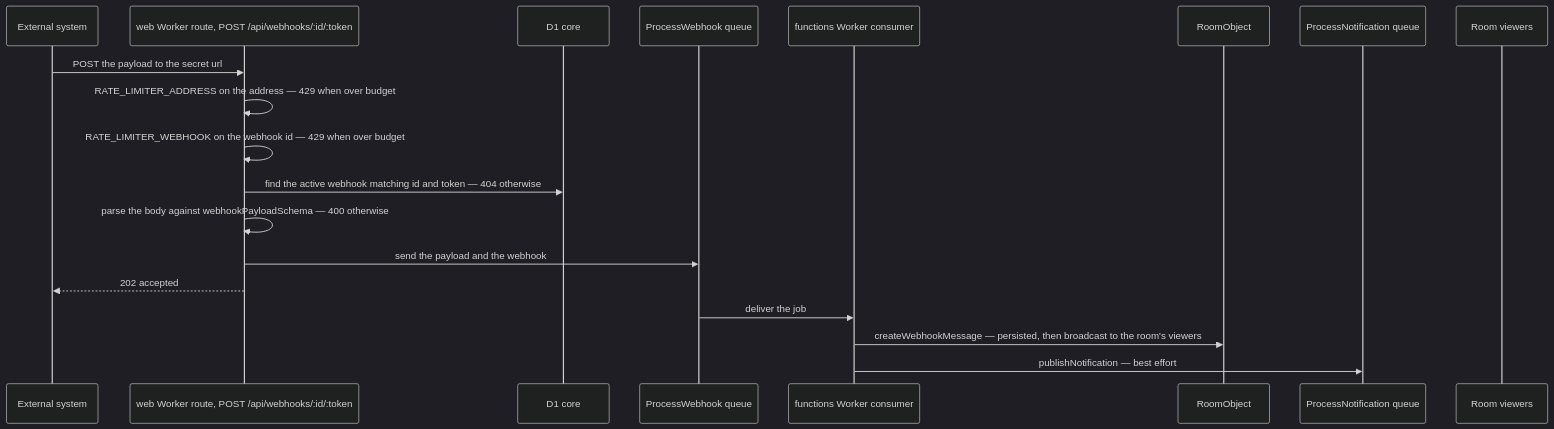
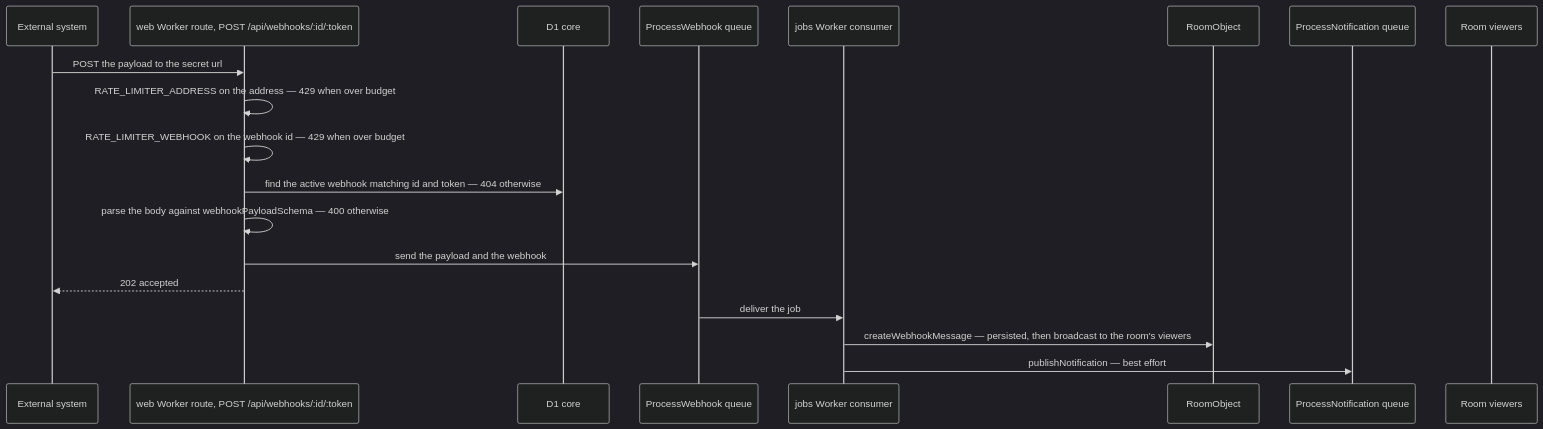
Before and after one commit to Esposter/Esposter: the diagram in openspec/specs/esbabbler/webhooks/design.md, drawn with Mermaid (dark theme). The commit also changed other lines of this file and 89 other files, not shown here.

````diff
--- a/openspec/specs/esbabbler/webhooks/design.md
+++ b/openspec/specs/esbabbler/webhooks/design.md
@@ -15,22 +15,22 @@
 ```mermaid
 sequenceDiagram
   participant Ext as External system
   participant Route as web Worker route, POST /api/webhooks/:id/:token
   participant D1 as D1 core
   participant Q as ProcessWebhook queue
-  participant F as functions Worker consumer
+  participant F as jobs Worker consumer
   participant R as RoomObject
   participant N as ProcessNotification queue
   participant Client as Room viewers
 
   Ext->>Route: POST the payload to the secret url
   Route->>Route: RATE_LIMITER_ADDRESS on the address — 429 when over budget
   Route->>Route: RATE_LIMITER_WEBHOOK on the webhook id — 429 when over budget
   Route->>D1: find the active webhook matching id and token — 404 otherwise
   Route->>Route: parse the body against webhookPayloadSchema — 400 otherwise
   Route->>Q: send the payload and the webhook
   Route-->>Ext: 202 accepted
   Q->>F: deliver the job
   F->>R: createWebhookMessage — persisted, then broadcast to the room's viewers
   F->>N: publishNotification — best effort
 ```
````
